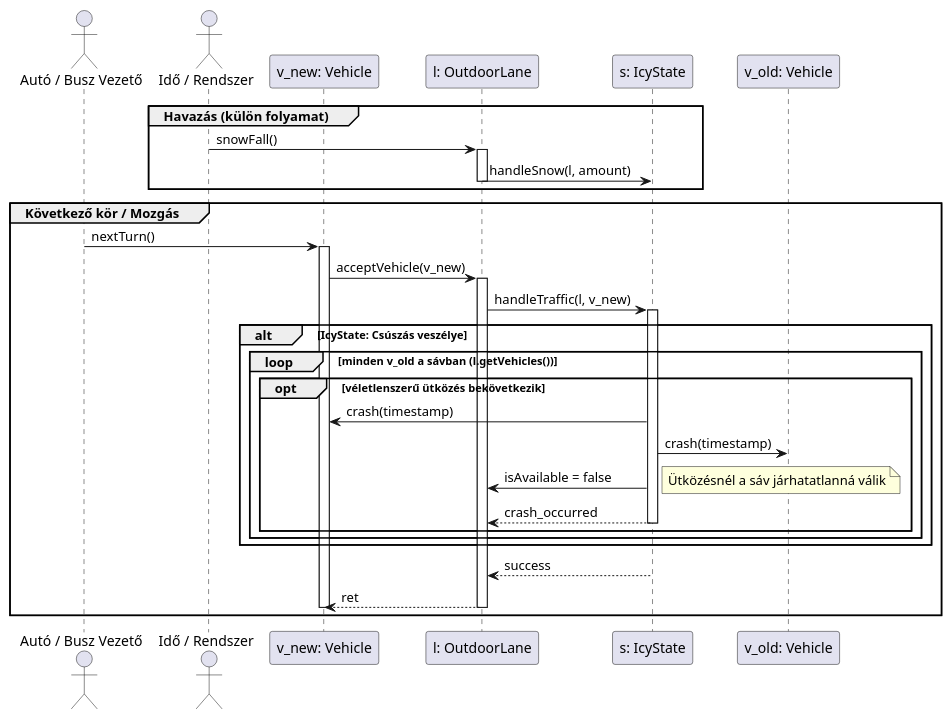
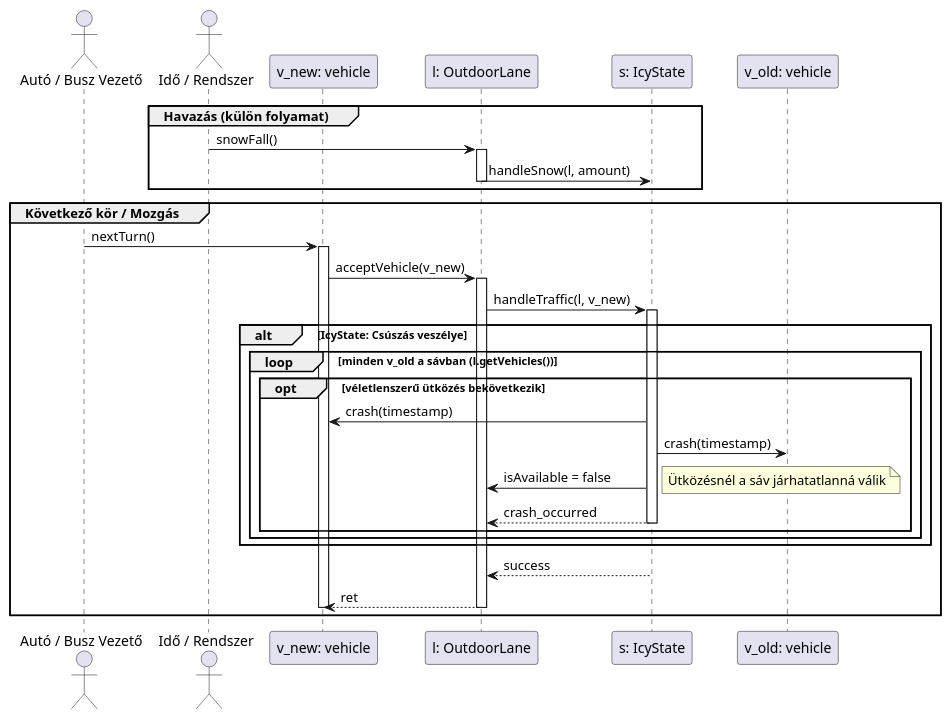
The diagram in docs/04/diagrams/sequence/04.puml (toth-andor/UneNotteANapoli), drawn with PlantUML before and after one commit. The commit also changed 173 other files, not shown here.

```diff
--- a/docs/04/diagrams/sequence/04.puml
+++ b/docs/04/diagrams/sequence/04.puml
@@ -1,49 +1,49 @@
 @startuml
 actor "Autó / Busz Vezető" as T
 actor "Idő / Rendszer" as E
-participant "v_new: Vehicle" as V
+participant "v_new: vehicle" as V
 participant "l: OutdoorLane" as L
 participant "s: IcyState" as S
-participant "v_old: Vehicle" as VO
+participant "v_old: vehicle" as VO
 
 ' --- hóesős szakasz ---
 group Havazás (külön folyamat)
     E -> L : snowFall()
     activate L
         L -> S : handleSnow(l, amount)
     deactivate L
 end
 
 ' --- mozgós+ütközős szakasz ---
 group Következő kör / Mozgás
     T -> V : nextTurn()
     activate V
         V -> L : acceptVehicle(v_new)
         activate L
             L -> S : handleTraffic(l, v_new)
             activate S
                 
                 alt IcyState: Csúszás veszélye
                     
                     loop minden v_old a sávban (l.getVehicles())
                         
                         opt véletlenszerű ütközés bekövetkezik
                             S -> V : crash(timestamp)
                             S -> VO : crash(timestamp)
                             S -> L : isAvailable = false
                             note right: Ütközésnél a sáv járhatatlanná válik
                             
                         
                             return crash_occurred
                         end
                         
                     end
                 end
                 
                 S --> L : success
             deactivate S
             L --> V : ret
         deactivate L
     deactivate V
 end
 @enduml
```
